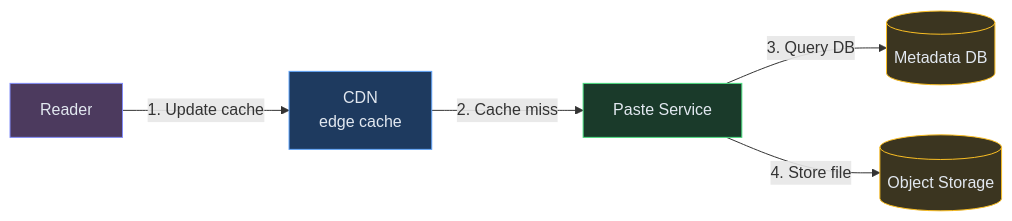
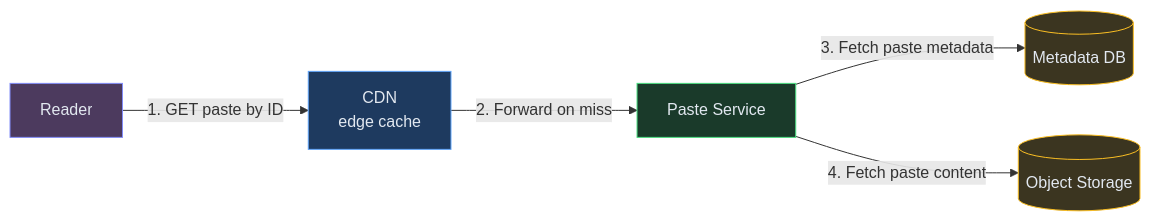
The third of 7 diagrams in content/hld/Pastebin.md (iluzn/HLD-Designs), drawn with Mermaid before and after one commit. The commit also changed other lines of this file and 27 other files, not shown here.

````diff
--- a/content/hld/Pastebin.md
+++ b/content/hld/Pastebin.md
@@ -199,18 +199,18 @@
 ```mermaid
 flowchart LR
     READER["Reader"]:::client
     CDN["CDN<br/>edge cache"]:::edge
     API["Paste Service"]:::service
     META[("Metadata DB")]:::data
     S3[("Object Storage")]:::data
 
-    READER -->|"1. Update cache"| CDN
-    CDN -->|"2. Cache miss"| API
-    API -->|"3. Query DB"| META
-    API -->|"4. Store file"| S3
+    READER -->|"1. GET paste by ID"| CDN
+    CDN -->|"2. Forward on miss"| API
+    API -->|"3. Fetch paste metadata"| META
+    API -->|"4. Fetch paste content"| S3
 
     classDef client fill:#4c3a5e,stroke:#818cf8,color:#e2e8f0
     classDef edge fill:#1e3a5f,stroke:#60a5fa,color:#e2e8f0
     classDef service fill:#1a3a2a,stroke:#4ade80,color:#e2e8f0
     classDef data fill:#3b3520,stroke:#fbbf24,color:#e2e8f0
 ```
````
